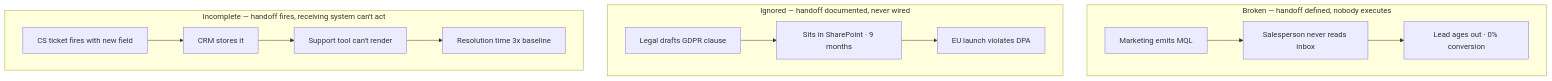
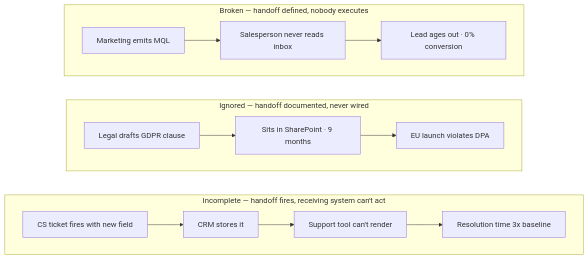
The second of 3 diagrams in content/blog/companies-are-workflows-audit-got-cheap.mdx (TarrySingh/tarrysingh-com), drawn with Mermaid before and after one commit.

Commit message:
fix(blog): stack the 'three ways an edge breaks' diagram vertically
Mermaid lays out unconnected subgraphs side-by-side under flowchart TB,
which cramped the three failure-mode chains (BROKEN, IGNORED,
INCOMPLETE) into ~1/3 of the figure width each. Node labels read as
postage-stamp text on a normal article column.

Add invisible `~~~` links between the subgraphs to force vertical
stacking. Each chain now takes the full figure width with its 3-4
nodes spread out left-to-right, and the labels become readable.

Caught on the 2026-05-26 'Companies Are Workflows' published page —
Tarry flagged the diagram as unreadable.

````diff
--- a/content/blog/companies-are-workflows-audit-got-cheap.mdx
+++ b/content/blog/companies-are-workflows-audit-got-cheap.mdx
@@ -43,21 +43,18 @@
 ```mermaid
 %% caption: Every "alignment issue" a board hears about is one of these three failure modes in disguise.
 flowchart TB
   subgraph BROKEN["Broken — handoff defined, nobody executes"]
     direction LR
-    B1["Marketing emits MQL"] --> B2["Salesperson never reads inbox"]
-    B2 --> B3["Lead ages out · 0% conversion"]
+    B1["Marketing emits MQL"] --> B2["Salesperson never reads inbox"] --> B3["Lead ages out · 0% conversion"]
   end
   subgraph IGNORED["Ignored — handoff documented, never wired"]
     direction LR
-    I1["Legal drafts GDPR clause"] --> I2["Sits in SharePoint · 9 months"]
-    I2 --> I3["EU launch violates DPA"]
+    I1["Legal drafts GDPR clause"] --> I2["Sits in SharePoint · 9 months"] --> I3["EU launch violates DPA"]
   end
   subgraph INCOMPLETE["Incomplete — handoff fires, receiving system can't act"]
     direction LR
-    N1["CS ticket fires with new field"] --> N2["CRM stores it"]
-    N2 --> N3["Support tool can't render"]
-    N3 --> N4["Resolution time 3x baseline"]
+    N1["CS ticket fires with new field"] --> N2["CRM stores it"] --> N3["Support tool can't render"] --> N4["Resolution time 3x baseline"]
   end
-
+  BROKEN ~~~ IGNORED
+  IGNORED ~~~ INCOMPLETE
 ```
````
